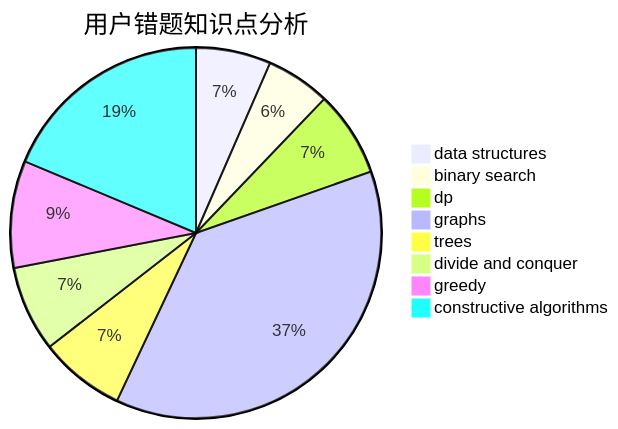
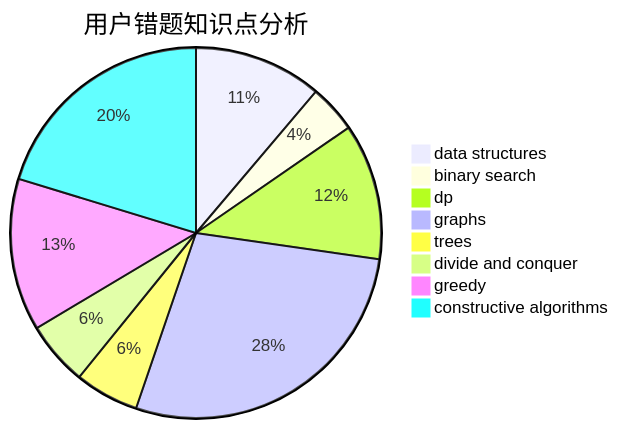
The third of 3 diagrams in docs/user/u919.md (sherpahu/cfrs.github.io), drawn with Mermaid before and after one commit. The commit also changed other lines of this file and 2770 other files, not shown here.

````diff
--- a/docs/user/u919.md
+++ b/docs/user/u919.md
@@ -36,11 +36,11 @@
 ```mermaid
 pie title 用户错题知识点分析
-    "data structures" :  7
+    "data structures" :  16
     "binary search" :  6
-    "dp" :  8
+    "dp" :  17
     "graphs" :  40
     "trees" :  8
     "divide and conquer" :  8
-    "greedy" :  10
-    "constructive algorithms" :  20
+    "greedy" :  19
+    "constructive algorithms" :  29
 ```
````
